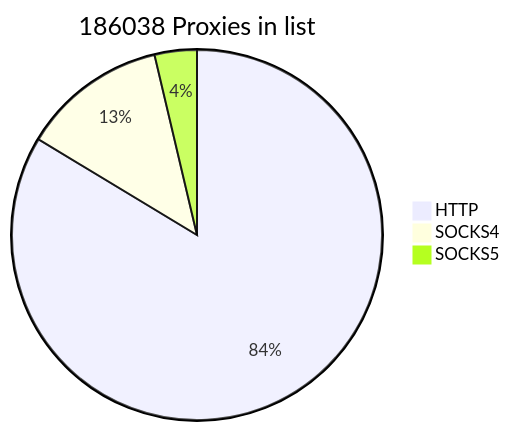
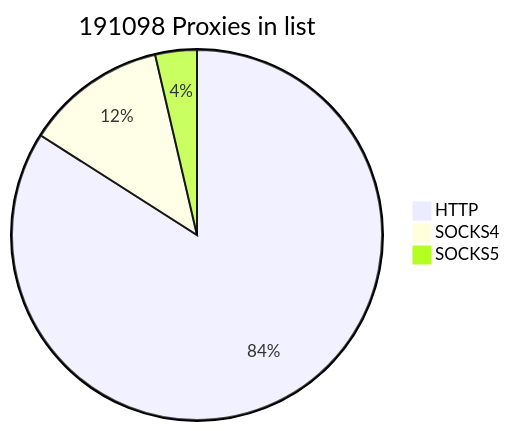
One commit to cutipu/proxylist changed the first of 2 diagrams in README.md. Above: the diagram before and after it, drawn with Mermaid. The commit also changed other lines of this file, not shown here.

````diff
--- a/README.md
+++ b/README.md
@@ -2,7 +2,7 @@
 ```mermaid
-pie title 186038 Proxies in list
-    "HTTP" : 155613
+pie title 191098 Proxies in list
+    "HTTP" : 160583
     "SOCKS4" : 23567
-    "SOCKS5" : 6858
+    "SOCKS5" : 6948
             
 ```
````
